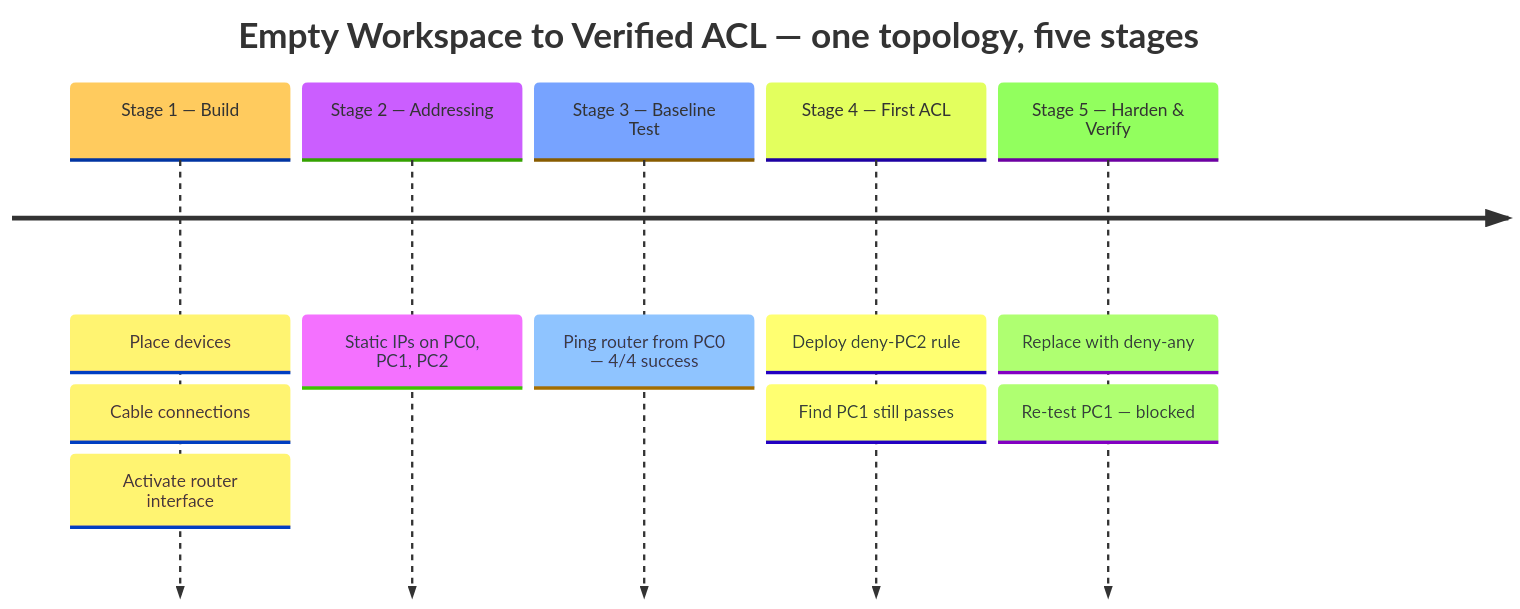
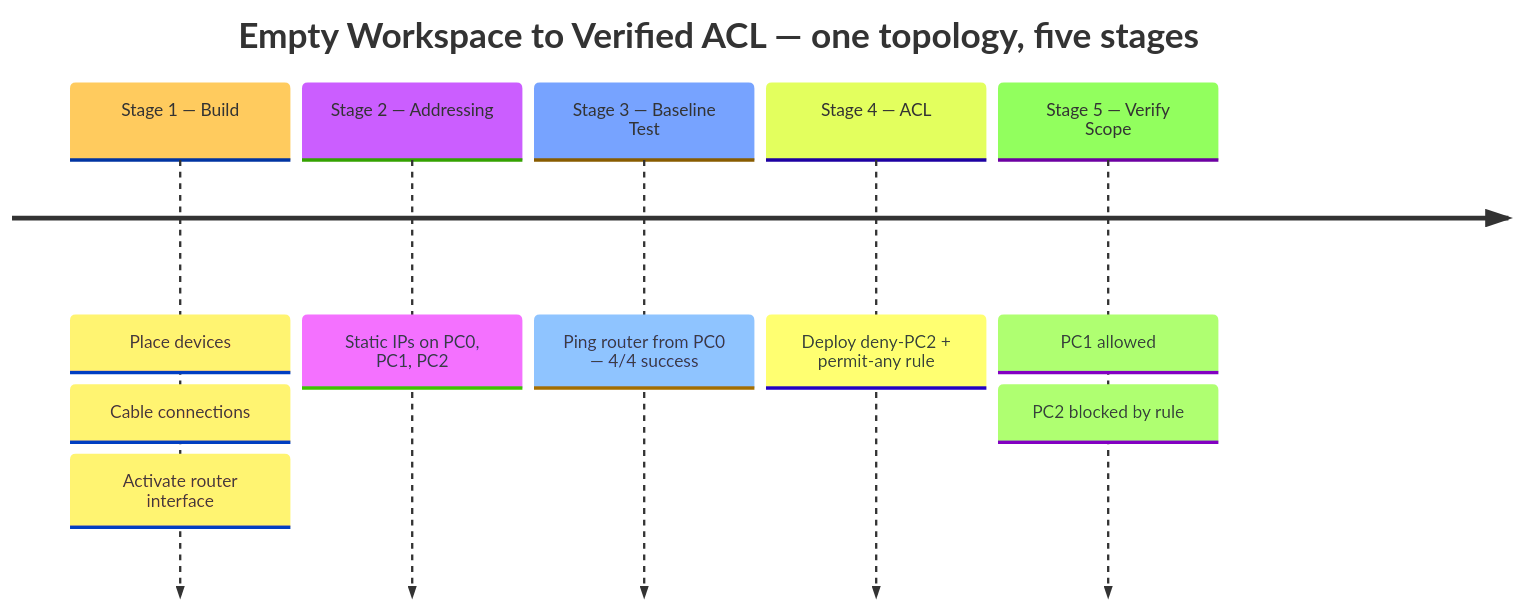
The second of 2 diagrams in 1-Foundational-Projects/project-02-cisco-infrastructure-secure-routing/README.md (malaika-azhar/Cybersecurity-Lab-Projects), drawn with Mermaid before and after one commit. The commit also changed other lines of this file, not shown here.

````diff
--- a/1-Foundational-Projects/project-02-cisco-infrastructure-secure-routing/README.md
+++ b/1-Foundational-Projects/project-02-cisco-infrastructure-secure-routing/README.md
@@ -148,10 +146,10 @@
 ```mermaid
 %%{init: {'theme': 'base', 'themeVariables': {'fontSize': '15px'}, 'timeline': {'disableMulticolor': false}}}%%
 timeline
     title Empty Workspace to Verified ACL — one topology, five stages
     Stage 1 — Build : Place devices : Cable connections : Activate router interface
     Stage 2 — Addressing : Static IPs on PC0, PC1, PC2
     Stage 3 — Baseline Test : Ping router from PC0 — 4/4 success
-    Stage 4 — First ACL : Deploy deny-PC2 rule : Find PC1 still passes
-    Stage 5 — Harden & Verify : Replace with deny-any : Re-test PC1 — blocked
+    Stage 4 — ACL : Deploy deny-PC2 + permit-any rule
+    Stage 5 — Verify Scope : PC1 allowed : PC2 blocked by rule
 ```
````
